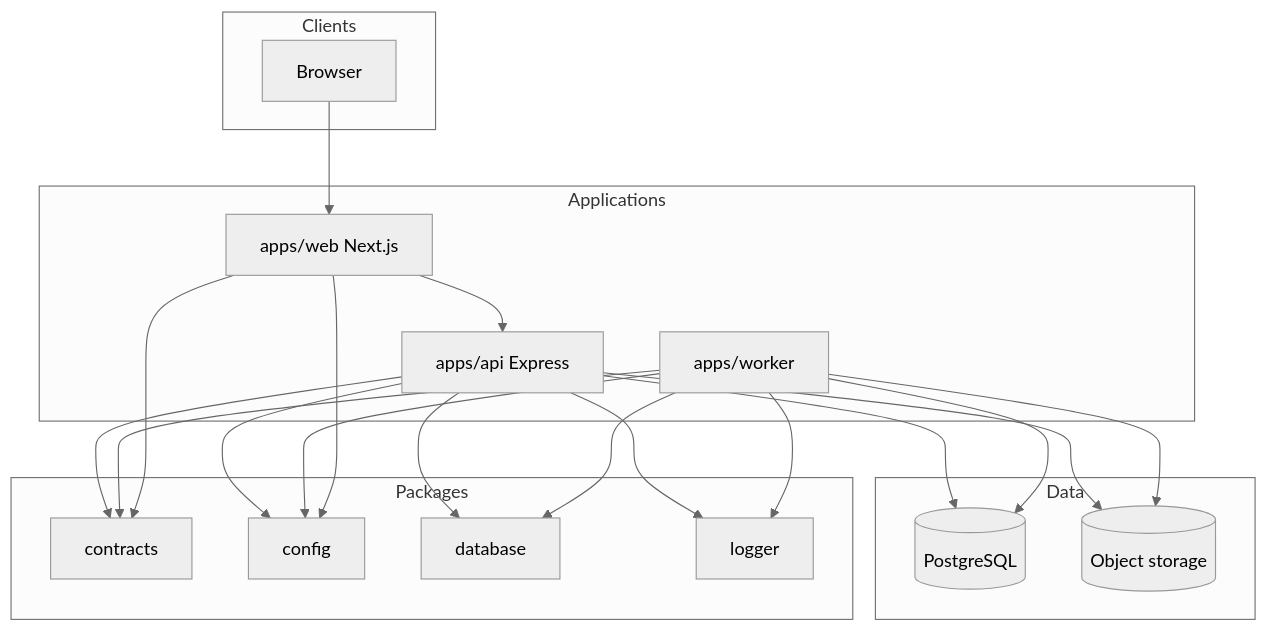
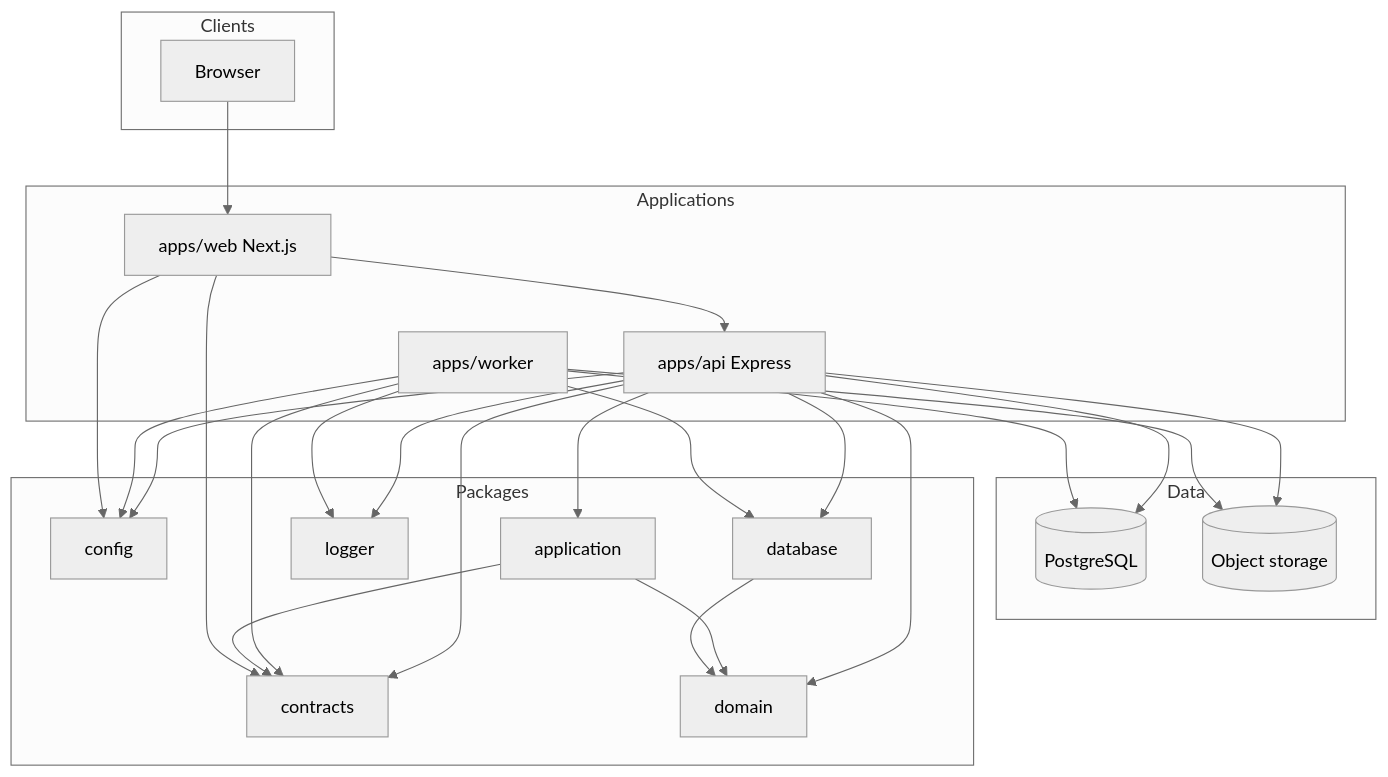
The diagram in docs/architecture/container-architecture.md (rudzy123/bug-free-fiesta), drawn with Mermaid (neutral theme) before and after one commit. The commit also changed other lines of this file and 69 other files, not shown here.

````diff
--- a/docs/architecture/container-architecture.md
+++ b/docs/architecture/container-architecture.md
@@ -7,38 +7,45 @@
 ```mermaid
 flowchart TB
   subgraph clients [Clients]
     browser[Browser]
   end
   subgraph apps [Applications]
     web[apps/web Next.js]
     api[apps/api Express]
     worker[apps/worker]
   end
   subgraph data [Data]
     pg[(PostgreSQL)]
     obj[(Object storage)]
   end
   subgraph shared [Packages]
     contracts[contracts]
     config[config]
+    domain[domain]
+    application[application]
     db[database]
     logger[logger]
   end
 
   browser --> web
   web --> api
   api --> pg
   api --> obj
   worker --> pg
   worker --> obj
   api --> contracts
   api --> config
+  api --> domain
+  api --> application
   api --> db
   api --> logger
   worker --> contracts
   worker --> config
   worker --> db
   worker --> logger
+  application --> domain
+  application --> contracts
+  db --> domain
   web --> contracts
   web --> config
 ```
````
